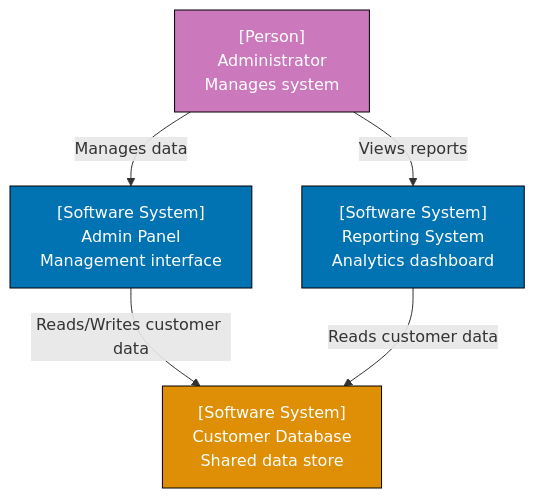
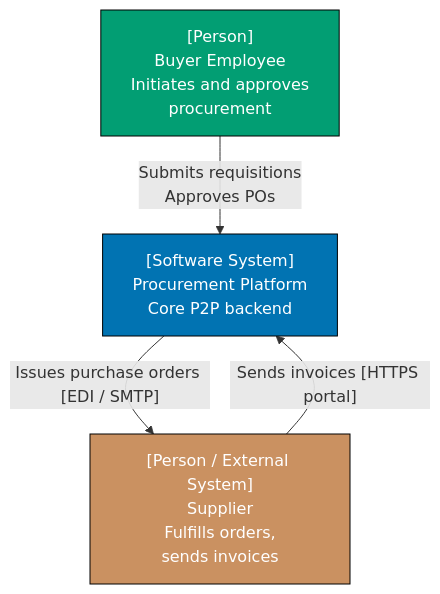
Before and after one commit to wahidyankf/open-sharia-enterprise: the seventh of 30 diagrams in apps/ayokoding-web/content/en/learn/software-engineering/architecture/c4-architecture-model/by-example/beginner.md, drawn with Mermaid. The commit also changed other lines of this file and 38 other files, not shown here.

First line of the commit message:
docs(ayokoding-web): unify architecture tutorials on shared P2P domain

````diff
--- a/apps/ayokoding-web/content/en/learn/software-engineering/architecture/c4-architecture-model/by-example/beginner.md
+++ b/apps/ayokoding-web/content/en/learn/software-engineering/architecture/c4-architecture-model/by-example/beginner.md
@@ -189,20 +230,14 @@
 ```mermaid
 graph TD
-    Admin["[Person]<br/>Administrator<br/>Manages system"]
+    Buyer["[Person]<br/>Buyer Employee<br/>Initiates and approves<br/>procurement"]
+    Platform["[Software System]<br/>Procurement Platform<br/>Core P2P backend"]
+    Supplier["[Person / External System]<br/>Supplier<br/>Fulfills orders,<br/>sends invoices"]
 
-    AdminPanel["[Software System]<br/>Admin Panel<br/>Management interface"]
-    ReportingSystem["[Software System]<br/>Reporting System<br/>Analytics dashboard"]
+    Buyer -->|"Submits requisitions<br/>Approves POs"| Platform
+    Platform -->|"Issues purchase orders [EDI / SMTP]"| Supplier
+    Supplier -->|"Sends invoices [HTTPS portal]"| Platform
 
-    SharedDB["[Software System]<br/>Customer Database<br/>Shared data store"]
-
-    Admin -->|"Manages data"| AdminPanel
-    Admin -->|"Views reports"| ReportingSystem
-
-    AdminPanel -->|"Reads/Writes customer data"| SharedDB
-    ReportingSystem -->|"Reads customer data"| SharedDB
-
-    style Admin fill:#CC78BC,stroke:#000,color:#fff
-    style AdminPanel fill:#0173B2,stroke:#000,color:#fff
-    style ReportingSystem fill:#0173B2,stroke:#000,color:#fff
-    style SharedDB fill:#DE8F05,stroke:#000,color:#fff
+    style Buyer fill:#029E73,stroke:#000,color:#fff
+    style Platform fill:#0173B2,stroke:#000,color:#fff
+    style Supplier fill:#CA9161,stroke:#000,color:#fff
 ```
````
